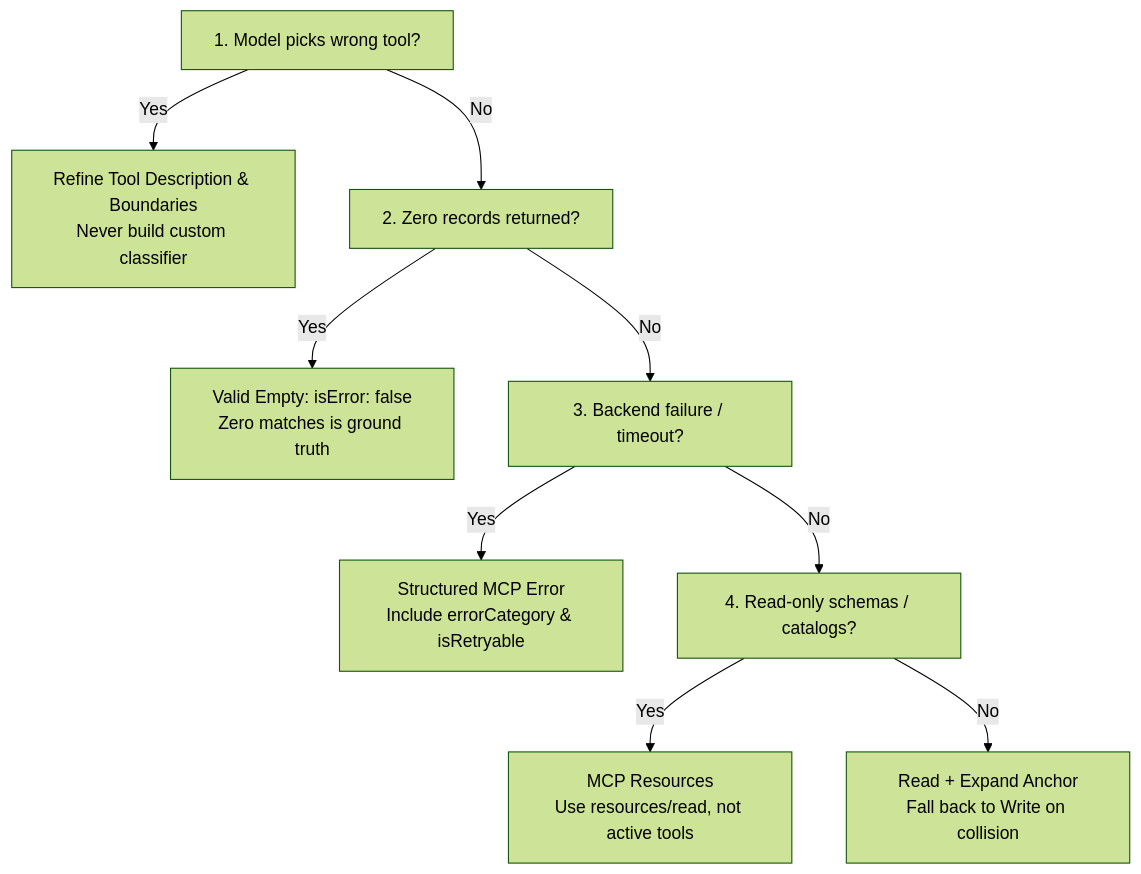
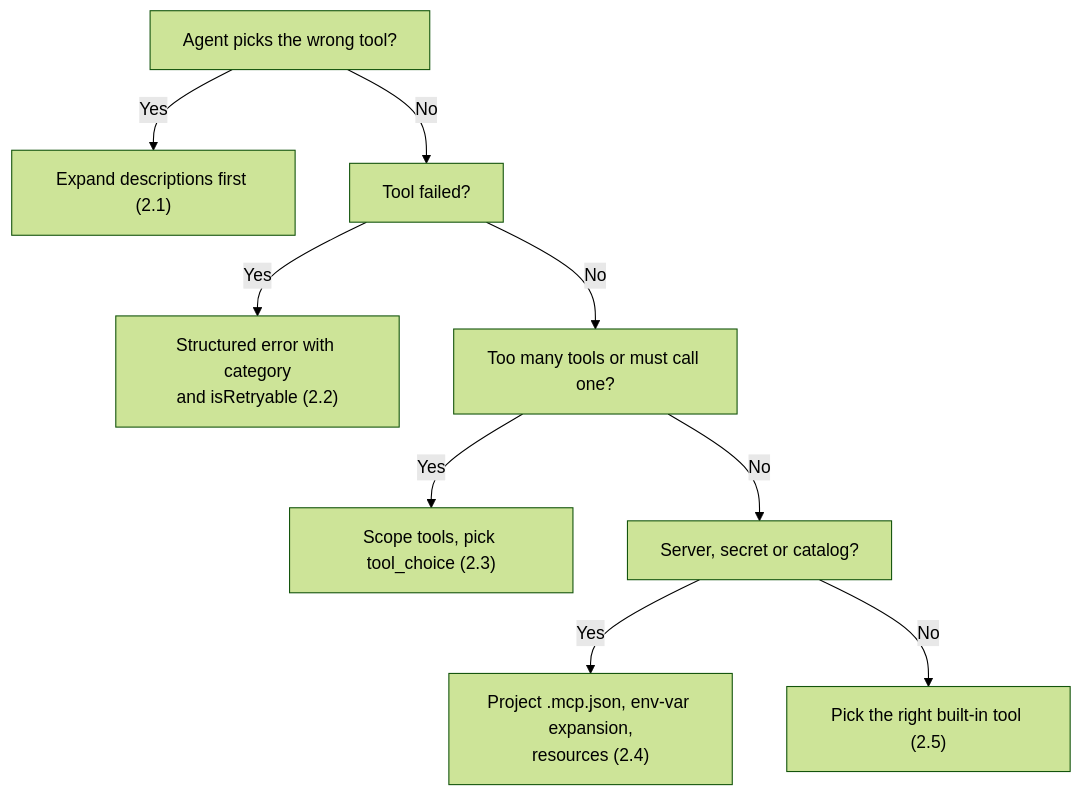
The second of 2 diagrams in domain2/README.md (dip4k/claude_cert_architect_foundation_prep), drawn with Mermaid (forest theme) before and after one commit. The commit also changed other lines of this file and 133 other files, not shown here.

````diff
--- a/domain2/README.md
+++ b/domain2/README.md
@@ -122,11 +71,11 @@
 ```mermaid
 flowchart TD
-    Q1["1. Model picks wrong tool?"] -->|Yes| A1["Refine Tool Description & Boundaries<br>Never build custom classifier"]
-    Q1 -->|No| Q2["2. Zero records returned?"]
-    Q2 -->|Yes| A2["Valid Empty: isError: false<br>Zero matches is ground truth"]
-    Q2 -->|No| Q3["3. Backend failure / timeout?"]
-    Q3 -->|Yes| A3["Structured MCP Error<br>Include errorCategory & isRetryable"]
-    Q3 -->|No| Q4["4. Read-only schemas / catalogs?"]
-    Q4 -->|Yes| A4["MCP Resources<br>Use resources/read, not active tools"]
-    Q4 -->|No| A5["Read + Expand Anchor<br>Fall back to Write on collision"]
+    Q1["Agent picks the wrong tool?"] -->|"Yes"| A1["Expand descriptions first (2.1)"]
+    Q1 -->|"No"| Q2["Tool failed?"]
+    Q2 -->|"Yes"| A2["Structured error with category<br>and isRetryable (2.2)"]
+    Q2 -->|"No"| Q3["Too many tools or must call one?"]
+    Q3 -->|"Yes"| A3["Scope tools, pick tool_choice (2.3)"]
+    Q3 -->|"No"| Q4["Server, secret or catalog?"]
+    Q4 -->|"Yes"| A4["Project .mcp.json, env-var expansion,<br>resources (2.4)"]
+    Q4 -->|"No"| A5["Pick the right built-in tool (2.5)"]
 ```
````
